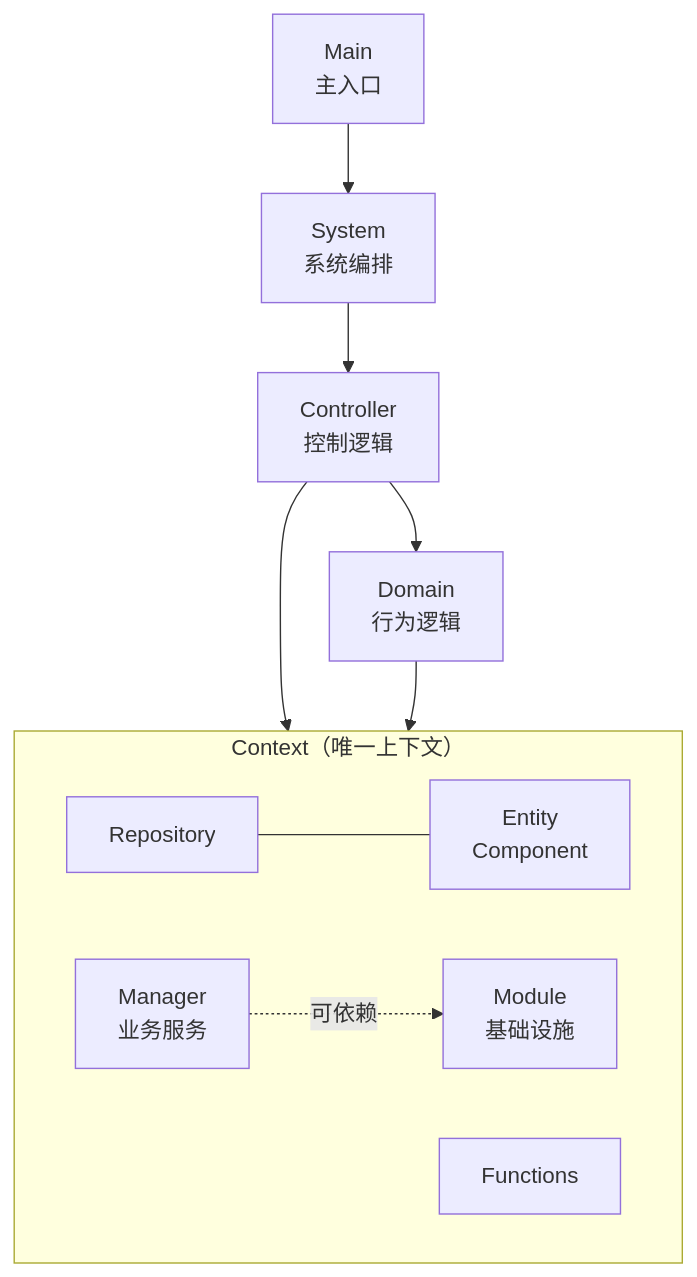
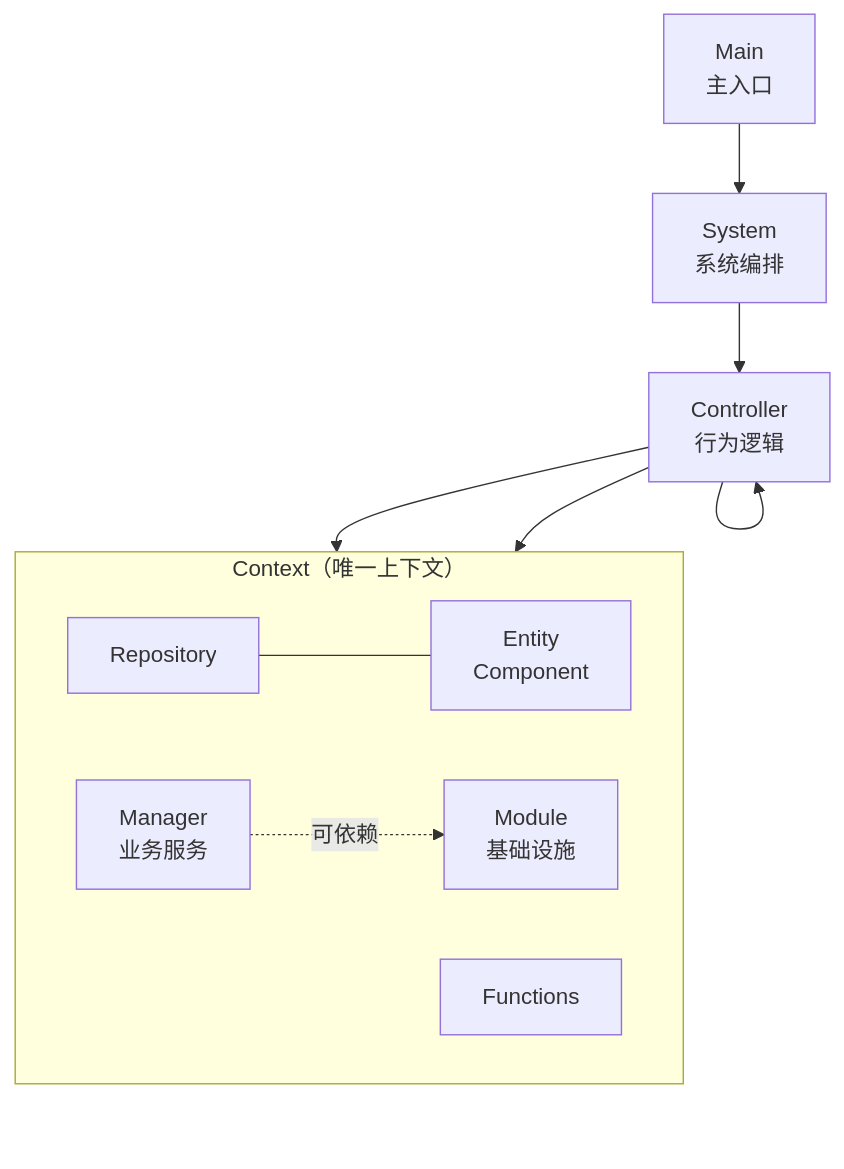
One commit to jackutea/TheDistillationMe changed the diagram in AI/Architecture/Architecture.md. Above: the diagram before and after it, drawn with Mermaid. The commit also changed other lines of this file and 1 other file, not shown here.

Commit message:
docs: Domain更名Controller, 更新架构文档

````diff
--- a/AI/Architecture/Architecture.md
+++ b/AI/Architecture/Architecture.md
@@ -13,19 +13,19 @@
 ```mermaid
 flowchart TB
     Main["Main<br/>主入口"]
     System["System<br/>系统编排"]
     Controller["Controller<br/>控制逻辑"]
-    Domain["Domain<br/>行为逻辑"]
+    Controller["Controller<br/>行为逻辑"]
 
-    Main --> System --> Controller --> Domain
+    Main --> System --> Controller --> Controller
 
     subgraph Context["Context（唯一上下文）"]
         direction LR
         Repository["Repository"] --- Entity["Entity<br/>Component"]
         Manager["Manager<br/>业务服务"] -.->|可依赖| Module["Module<br/>基础设施"]
         Functions["Functions"]
     end
 
     Controller --> Context
-    Domain --> Context
+    Controller --> Context
 ```
````
